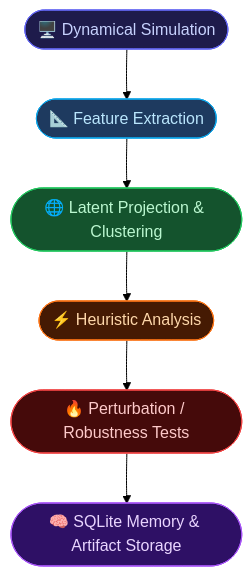
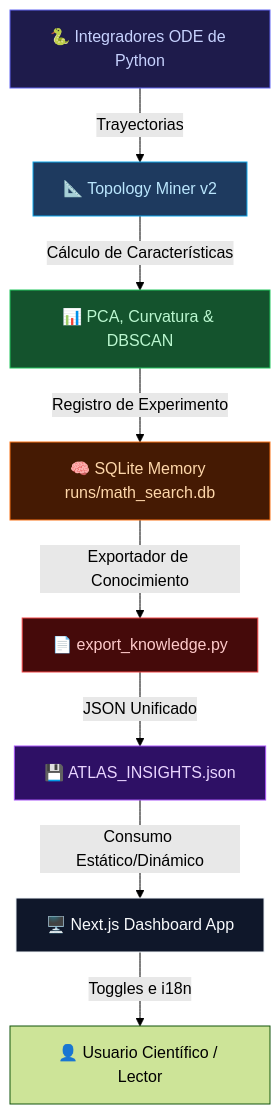
Before and after one commit to lopezalmeidaalvaro/Neurosymbolic-Dynamic-Atlas-A-Closed-Loop-Autonomous-Scientific-Discovery-Platform: the diagram in README.md, drawn with Mermaid (forest theme). The commit also changed other lines of this file and 8 other files, not shown here.

````diff
--- a/README.md
+++ b/README.md
@@ -59,16 +83,18 @@
 ```mermaid
 flowchart TD
-    A([🖥️ Dynamical Simulation]) --> B
-    B([📐 Feature Extraction]) --> C
-    C([🌐 Latent Projection & Clustering]) --> D
-    D([⚡ Heuristic Analysis]) --> E
-    E([🔥 Perturbation / Robustness Tests]) --> F
-    F([🧠 SQLite Memory & Artifact Storage])
+    A[🐍 Integradores ODE de Python] -->|Trayectorias| B[📐 Topology Miner v2]
+    B -->|Cálculo de Características| C[📊 PCA, Curvatura & DBSCAN]
+    C -->|Registro de Experimento| D[🧠 SQLite Memory runs/math_search.db]
+    D -->|Exportador de Conocimiento| E[📄 export_knowledge.py]
+    E -->|JSON Unificado| F[💾 ATLAS_INSIGHTS.json]
+    F -->|Consumo Estático/Dinámico| G[🖥️ Next.js Dashboard App]
+    G -->|Toggles e i18n| H[👤 Usuario Científico / Lector]
 
     style A fill:#1e1b4b,color:#c7d2fe,stroke:#6366f1
     style B fill:#1e3a5f,color:#bae6fd,stroke:#0ea5e9
     style C fill:#14532d,color:#bbf7d0,stroke:#22c55e
     style D fill:#451a03,color:#fed7aa,stroke:#f97316
     style E fill:#450a0a,color:#fecaca,stroke:#ef4444
     style F fill:#2e1065,color:#e9d5ff,stroke:#a855f7
+    style G fill:#0f172a,color:#f8fafc,stroke:#f1f5f9
 ```
````
